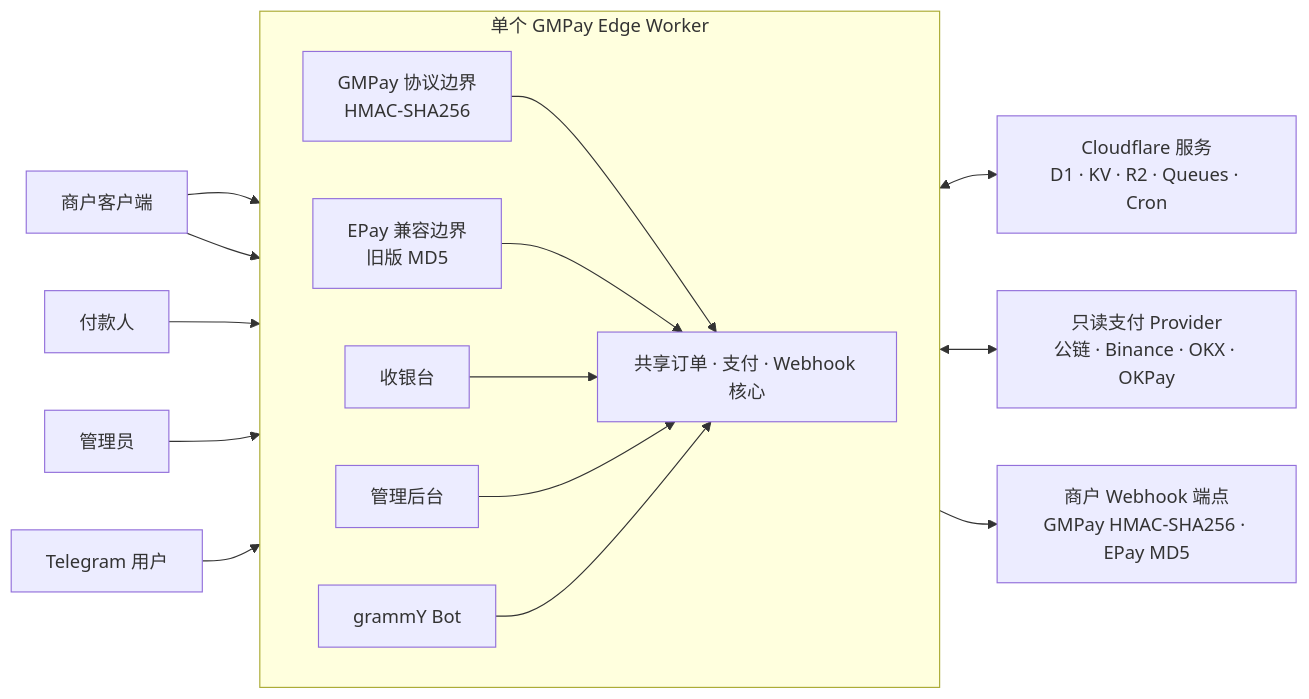
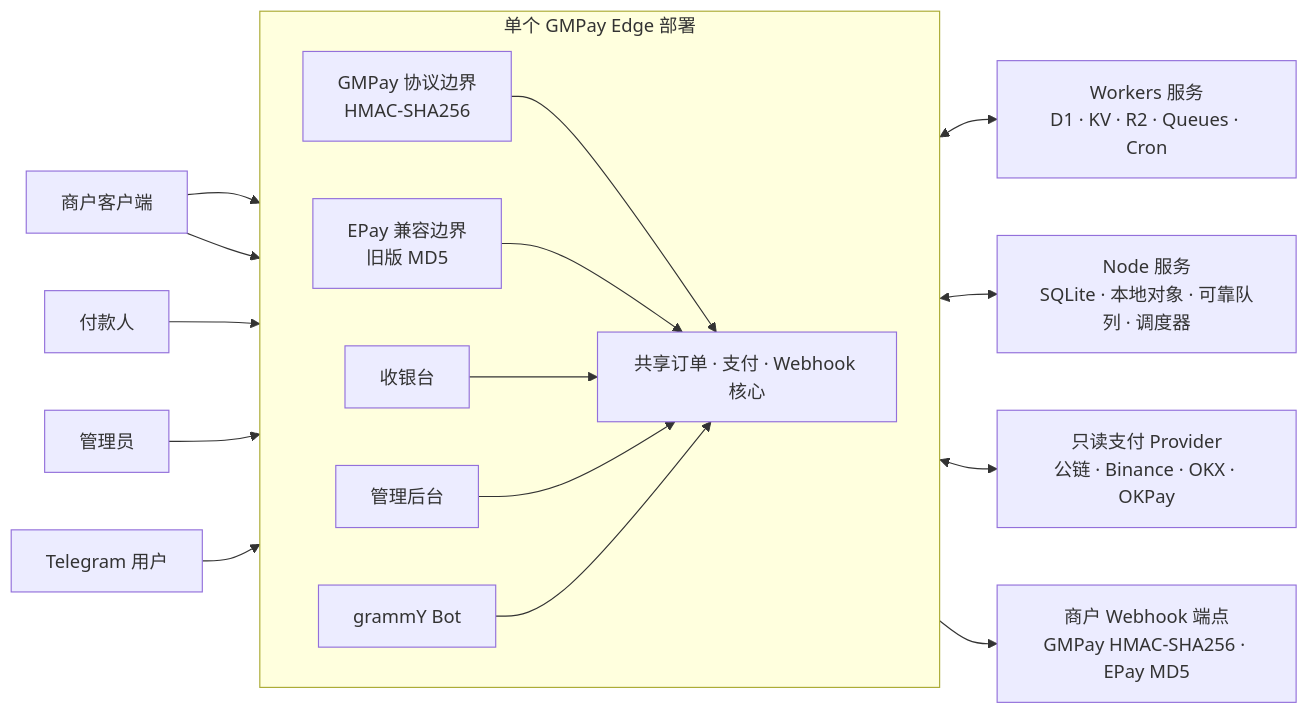
One commit to GMWalletApp/gmpay-edge changed the diagram in README.zh-CN.md. Above: the diagram before and after it, drawn with Mermaid. The commit also changed other lines of this file and 85 other files, not shown here.

Commit message:
feat(runtime): add Node deployment and email delivery

````diff
--- a/README.zh-CN.md
+++ b/README.zh-CN.md
@@ -60,36 +60,38 @@
 ```mermaid
 flowchart LR
     Merchants["商户客户端"]
     Payer["付款人"]
     Admin["管理员"]
     TelegramUser["Telegram 用户"]
 
-    subgraph Worker["单个 GMPay Edge Worker"]
+    subgraph Runtime["单个 GMPay Edge 部署"]
         direction LR
         GMPay["GMPay 协议边界<br/>HMAC-SHA256"]
         EPay["EPay 兼容边界<br/>旧版 MD5"]
         Checkout["收银台"]
         AdminUI["管理后台"]
         TelegramBot["grammY Bot"]
         Core["共享订单 · 支付 · Webhook 核心"]
 
         GMPay --> Core
         EPay --> Core
         Checkout --> Core
         AdminUI --> Core
         TelegramBot --> Core
     end
 
-    Cloudflare["Cloudflare 服务<br/>D1 · KV · R2 · Queues · Cron"]
+    Cloudflare["Workers 服务<br/>D1 · KV · R2 · Queues · Cron"]
+    Node["Node 服务<br/>SQLite · 本地对象 · 可靠队列 · 调度器"]
     Providers["只读支付 Provider<br/>公链 · Binance · OKX · OKPay"]
     Callbacks["商户 Webhook 端点<br/>GMPay HMAC-SHA256 · EPay MD5"]
 
     Merchants --> GMPay
     Merchants --> EPay
     Payer --> Checkout
     Admin --> AdminUI
     TelegramUser --> TelegramBot
     Core <--> Cloudflare
+    Core <--> Node
     Core <--> Providers
     Core --> Callbacks
 ```
````
